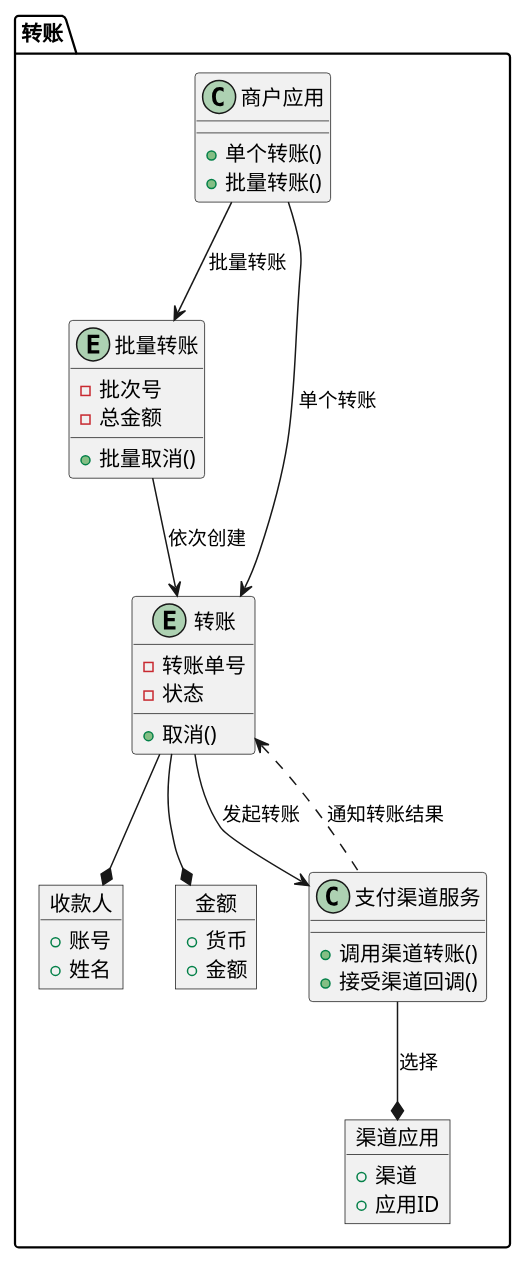
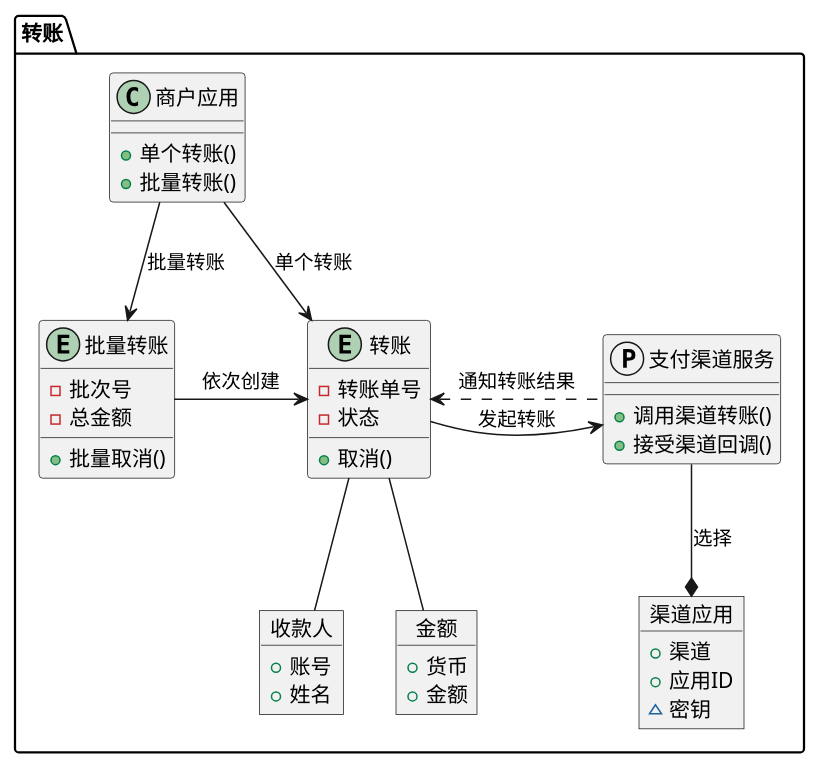
The second of 2 diagrams in docs/payments/transfer.md (red-jasmine/docs), drawn with PlantUML before and after one commit. The commit also changed 3 other files, not shown here.

````diff
--- a/docs/payments/transfer.md
+++ b/docs/payments/transfer.md
@@ -96,55 +96,58 @@
 ```plantuml
-@startuml PERT
+@startuml
+
+
 package "转账"{
 
 object 收款人 {
 + 账号
 + 姓名
   }
 
 object 金额 {
 + 货币
 + 金额
   }
 
 object 渠道应用 {
 + 渠道
 + 应用ID
+~ 密钥
   }
 
 class 商户应用 {
 + 单个转账()
 + 批量转账()
   }
 
 entity 批量转账 {
 - 批次号
 - 总金额
 + 批量取消()
   }
 
 entity 转账 {
 - 转账单号
 - 状态
 + 取消()
   }
 
-商户应用 ---> 转账 : 单个转账
+商户应用 --> 转账 : 单个转账
 商户应用 --> 批量转账 : 批量转账
-批量转账 --> 转账 : 依次创建
+批量转账 -> 转账 : 依次创建
 
-转账 --* 收款人
-转账 --* 金额
+转账 -- 收款人
+转账 -- 金额
 
-class 支付渠道服务 {
+protocol 支付渠道服务 {
 + 调用渠道转账()
 + 接受渠道回调()
   }
 
 支付渠道服务 --* 渠道应用: 选择
-转账 --> 支付渠道服务 : 发起转账
-转账 <.. 支付渠道服务 : 通知转账结果
+转账 -> 支付渠道服务 : 发起转账
+转账 <. 支付渠道服务 : 通知转账结果
 
 }
 @enduml
 ```
````
